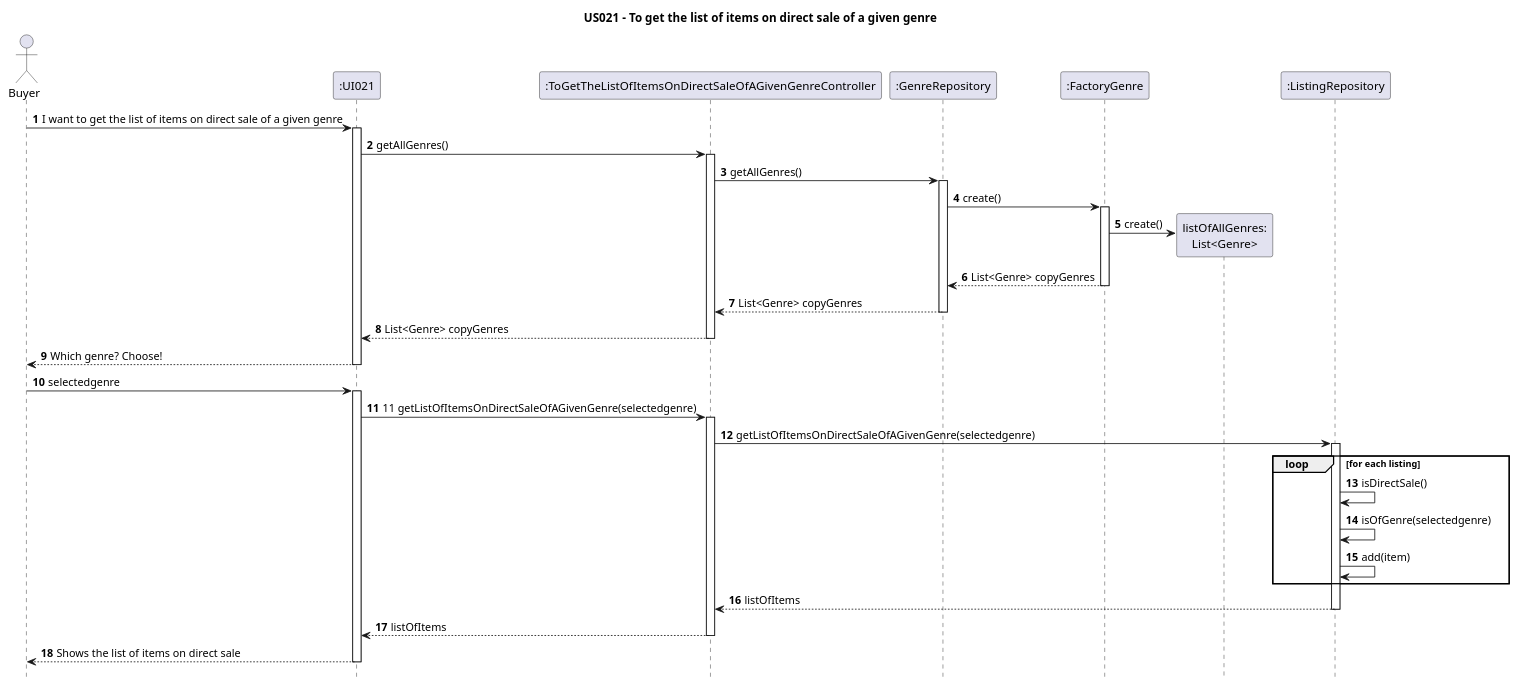
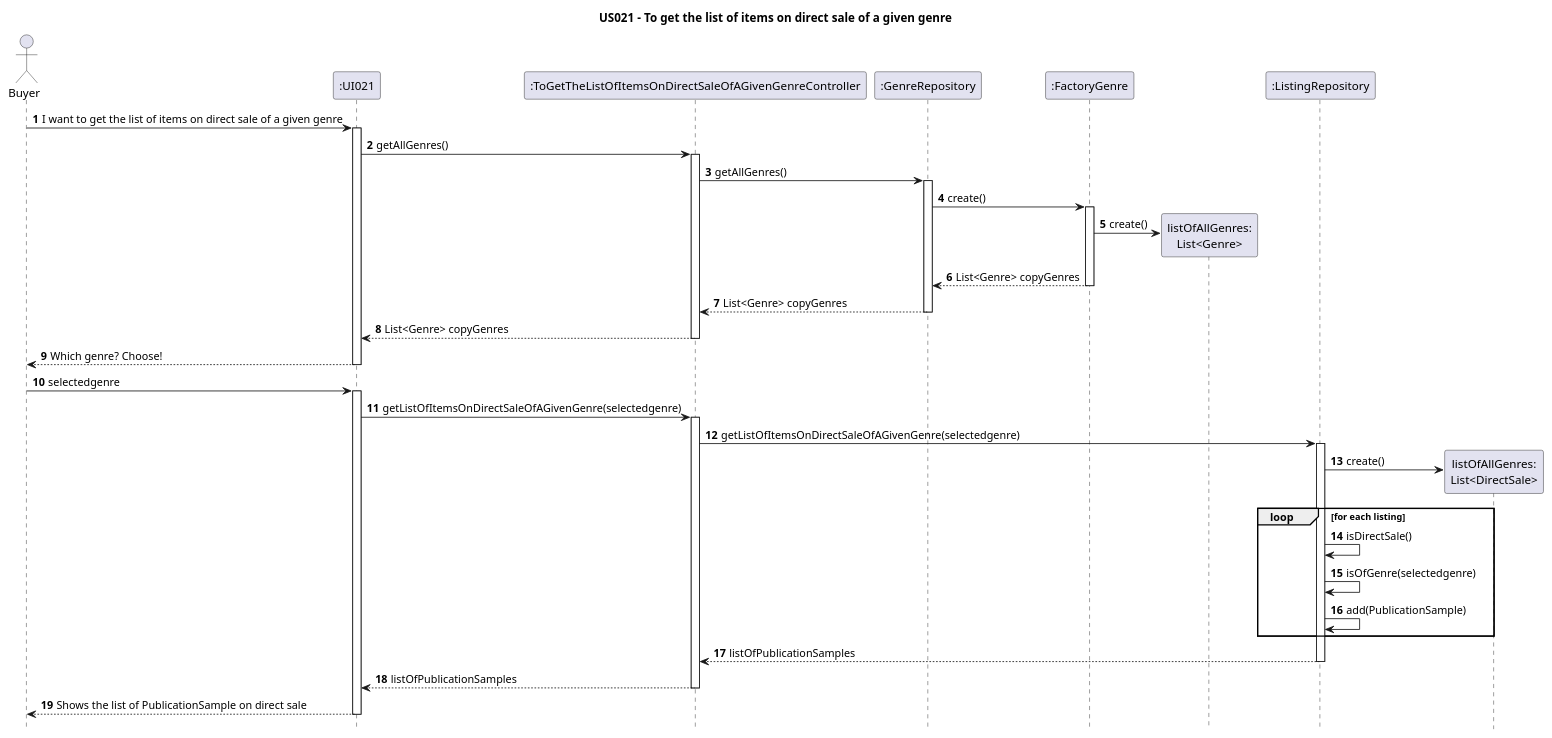
Before and after one commit to AndrePereiraGitH/SWitCH-Project-Team_A: the diagram in Diagrams/SequenceDiagrams/N2/US021-to-get-the-list-of-items-on-direct-sale-of-a-given-genre.puml, drawn with PlantUML. The commit also changed 1 other file, not shown here.

Commit message:
Working on #192, Updated SD to reflect new design for US021 and Updated ListingRepository class

```diff
--- a/Diagrams/SequenceDiagrams/N2/US021-to-get-the-list-of-items-on-direct-sale-of-a-given-genre.puml
+++ b/Diagrams/SequenceDiagrams/N2/US021-to-get-the-list-of-items-on-direct-sale-of-a-given-genre.puml
@@ -1,70 +1,73 @@
 @startuml
 hide footbox
 autonumber
 title US021 - To get the list of items on direct sale of a given genre
 
 actor Buyer
 
 ' Participants
 participant ":UI021" as UI
 participant ":ToGetTheListOfItemsOnDirectSaleOfAGivenGenreController" as Ctrl
 participant ":GenreRepository" as GenreRepo
 participant ":FactoryGenre" as FactoryGenre
 participant "listOfAllGenres:\nList<Genre>" as LG
 participant ":ListingRepository" as ListingRepository
+participant "listOfAllGenres:\nList<DirectSale>" as LDirectSale
 
 ' Interactions
 
 ' Section 1 - Get all genres
 Buyer -> UI : I want to get the list of items on direct sale of a given genre
 activate UI
 
 UI -> Ctrl : getAllGenres()
 activate Ctrl
 
 Ctrl -> GenreRepo : getAllGenres()
 activate GenreRepo
 
 GenreRepo -> FactoryGenre : create()
 activate FactoryGenre
 
 FactoryGenre -> LG ** : create()
 
 FactoryGenre --> GenreRepo : List<Genre> copyGenres
 deactivate FactoryGenre
 
 GenreRepo --> Ctrl : List<Genre> copyGenres
 deactivate GenreRepo
 
 Ctrl --> UI : List<Genre> copyGenres
 deactivate Ctrl
 
 UI --> Buyer : Which genre? Choose!
 deactivate UI
 
 ' Section 2 - Get list of direct sales with the genre chosen
 Buyer -> UI : selectedgenre
 activate UI
 
-UI -> Ctrl : 11 getListOfItemsOnDirectSaleOfAGivenGenre(selectedgenre)
+UI -> Ctrl : getListOfItemsOnDirectSaleOfAGivenGenre(selectedgenre)
 activate Ctrl
 
 Ctrl -> ListingRepository : getListOfItemsOnDirectSaleOfAGivenGenre(selectedgenre)
 activate ListingRepository
 
+ListingRepository -> LDirectSale ** : create()
+
 loop for each listing
     ListingRepository -> ListingRepository: isDirectSale()
     ListingRepository -> ListingRepository: isOfGenre(selectedgenre)
-    ListingRepository -> ListingRepository: add(item)
+    ListingRepository -> ListingRepository: add(PublicationSample)
 end
 
-ListingRepository --> Ctrl : listOfItems
+ListingRepository --> Ctrl : listOfPublicationSamples
 deactivate ListingRepository
 
-Ctrl --> UI : listOfItems
+Ctrl --> UI : listOfPublicationSamples
 deactivate Ctrl
 
-UI --> Buyer : Shows the list of items on direct sale
+UI --> Buyer : Shows the list of PublicationSample on direct sale
 deactivate UI
 
 @enduml
```
